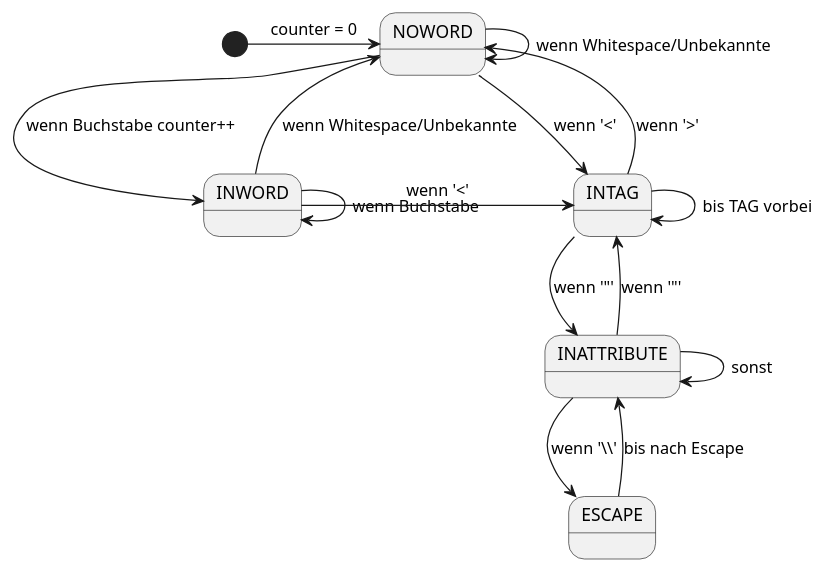
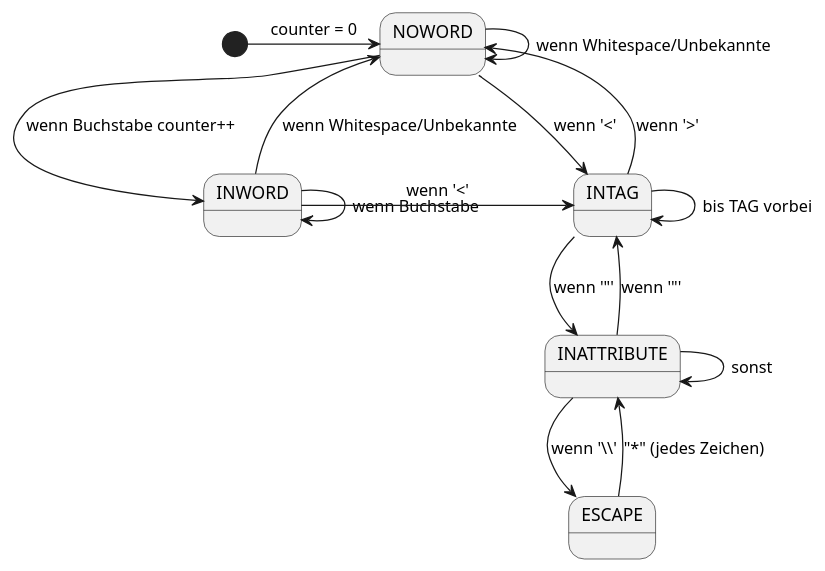
Before and after one commit to elpablo2120/2324_4cn_0157_sew4_sem1j: the diagram in UE01_UE02/src/secondtry/statelessMaschine.puml, drawn with PlantUML. The commit also changed 6 other files, not shown here.

```diff
--- a/UE01_UE02/src/secondtry/statelessMaschine.puml
+++ b/UE01_UE02/src/secondtry/statelessMaschine.puml
@@ -1,20 +1,20 @@
 @startuml
 [*] -> NOWORD : counter = 0
 INWORD -> INWORD : wenn Buchstabe
 INWORD --> NOWORD : wenn Whitespace/Unbekannte
 INWORD -> INTAG : wenn '<'
 
 NOWORD -> NOWORD : wenn Whitespace/Unbekannte
 NOWORD -> INTAG : wenn '<'
 NOWORD -> INWORD : wenn Buchstabe counter++
 
 INTAG --> NOWORD : wenn '>'
 INTAG --> INATTRIBUTE : wenn '"'
 INTAG -> INTAG : bis TAG vorbei
 
 INATTRIBUTE --> INTAG : wenn '"'
 INATTRIBUTE --> ESCAPE : wenn '\\\'
 INATTRIBUTE -> INATTRIBUTE : sonst
 
-ESCAPE --> INATTRIBUTE : bis nach Escape
+ESCAPE --> INATTRIBUTE : "*" (jedes Zeichen)
 @enduml
```
